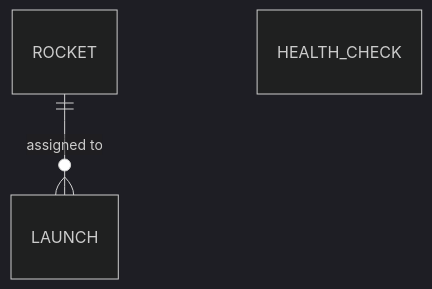
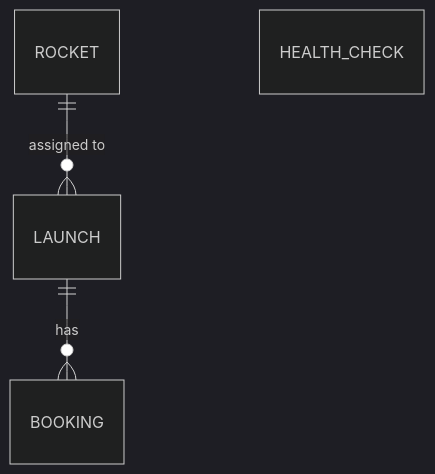
Before and after one commit to AlbertoBasaloAcademy/my-investor-2-sdd-claude: the second of 2 diagrams in .product/arch/system.arch.md, drawn with Mermaid (dark theme). The commit also changed other lines of this file and 11 other files, not shown here.

````diff
--- a/.product/arch/system.arch.md
+++ b/.product/arch/system.arch.md
@@ -55,5 +56,6 @@
 ```mermaid
 erDiagram
     ROCKET ||--o{ LAUNCH : "assigned to"
+    LAUNCH ||--o{ BOOKING : "has"
     HEALTH_CHECK
 ```
````
